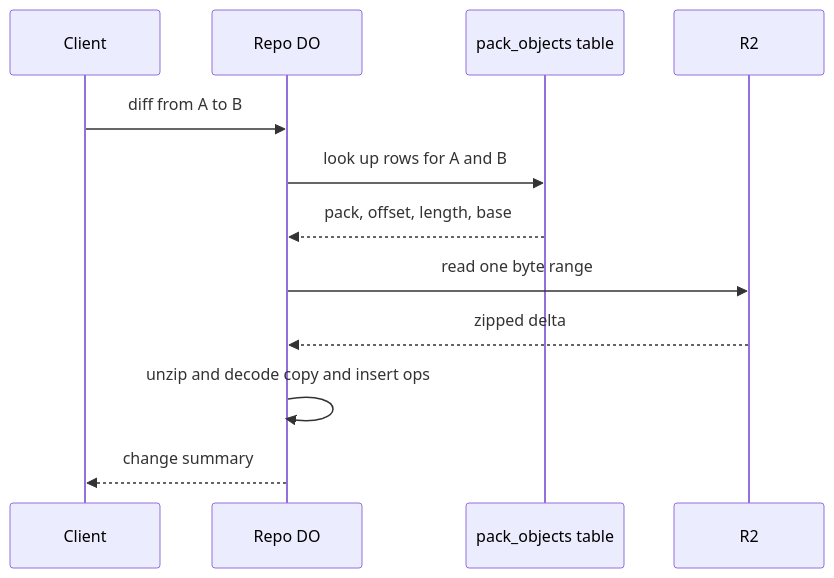
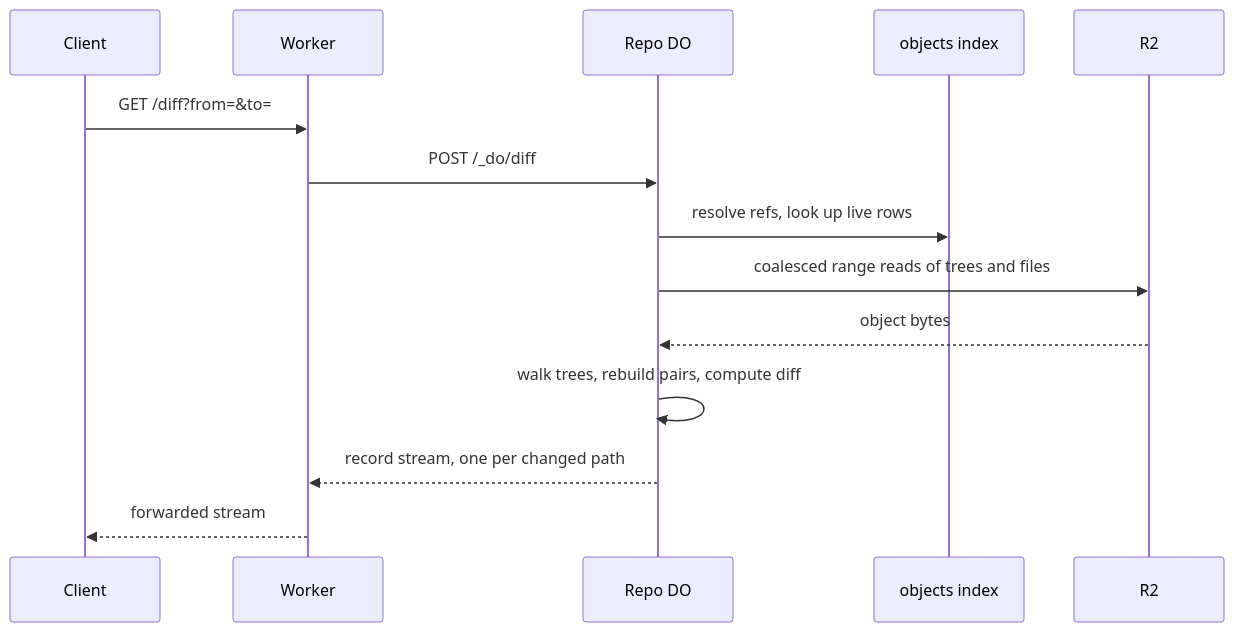
One commit to idl3/git-edge changed the diagram in plain/diff-api-range-reads.md. Above: the diagram before and after it, drawn with Mermaid. The commit also changed other lines of this file and 65 other files, not shown here.

````diff
--- a/plain/diff-api-range-reads.md
+++ b/plain/diff-api-range-reads.md
@@ -25,14 +30,16 @@
 ```mermaid
 sequenceDiagram
-  participant Client
-  participant DO as Repo DO
-  participant SQL as pack_objects table
-  participant R2
-  Client->>DO: diff from A to B
-  DO->>SQL: look up rows for A and B
-  SQL-->>DO: pack, offset, length, base
-  DO->>R2: read one byte range
-  R2-->>DO: zipped delta
-  DO->>DO: unzip and decode copy and insert ops
-  DO-->>Client: change summary
+    participant Client
+    participant Worker
+    participant DO as Repo DO
+    participant SQL as objects index
+    participant R2
+    Client->>Worker: GET /diff?from=&to=
+    Worker->>DO: POST /_do/diff
+    DO->>SQL: resolve refs, look up live rows
+    DO->>R2: coalesced range reads of trees and files
+    R2-->>DO: object bytes
+    DO->>DO: walk trees, rebuild pairs, compute diff
+    DO-->>Worker: record stream, one per changed path
+    Worker-->>Client: forwarded stream
 ```
````
